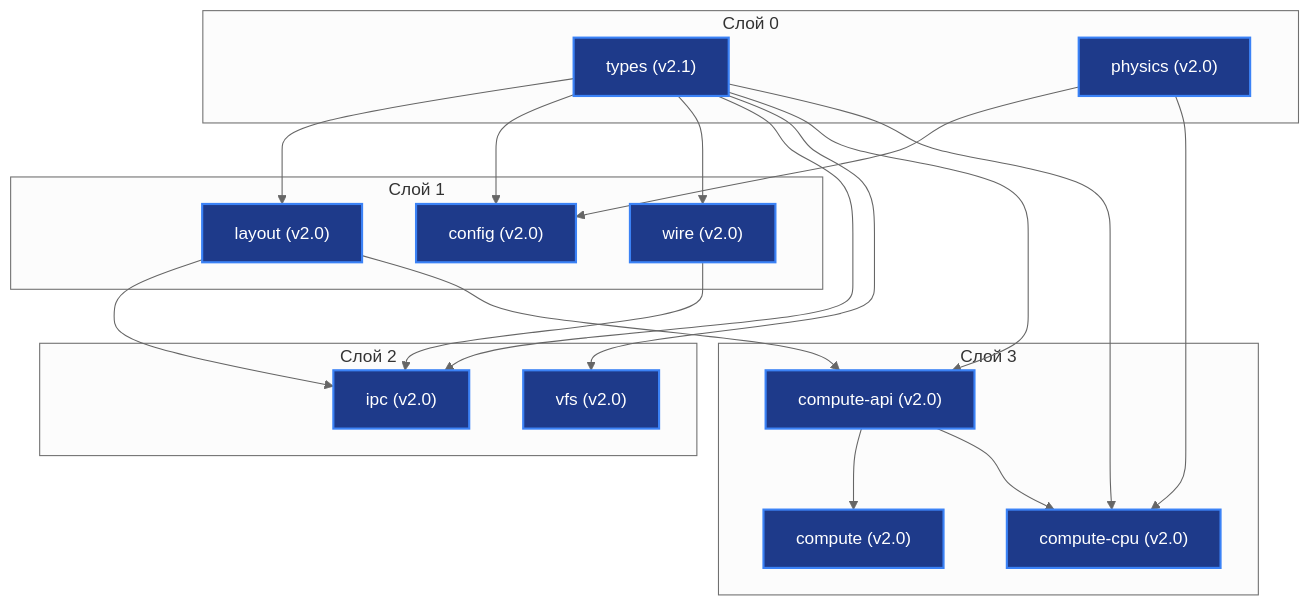
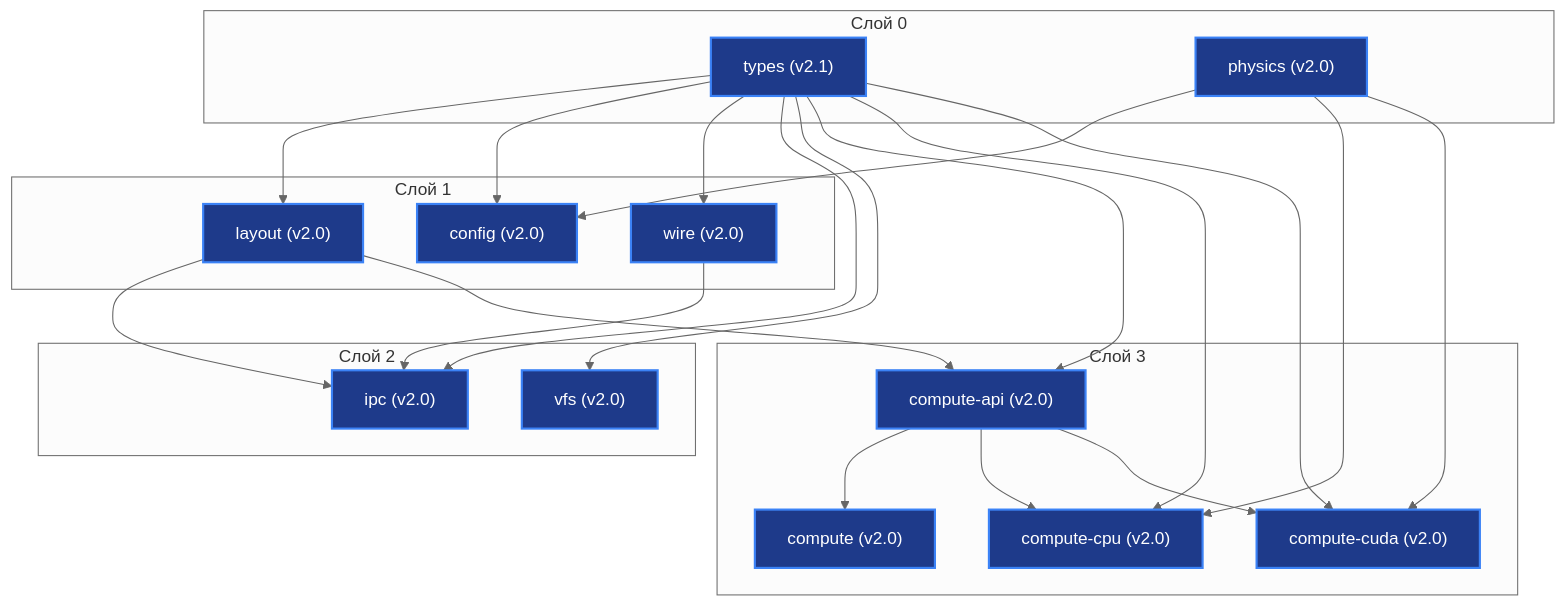
Before and after one commit to H4V1K-dev/axicor_enterprise: the diagram in docs/engine/INDEX.md, drawn with Mermaid (neutral theme). The commit also changed other lines of this file and 1 other file, not shown here.

Commit message:
docs: add engine documentation and L3 CUDA compute specification

````diff
--- a/docs/engine/INDEX.md
+++ b/docs/engine/INDEX.md
@@ -9,39 +9,43 @@
 ```mermaid
 graph TD
     subgraph L0["Слой 0"]
         types["types (v2.1)"]
         physics["physics (v2.0)"]
     end
     subgraph L1["Слой 1"]
         layout["layout (v2.0)"]
         config["config (v2.0)"]
         wire["wire (v2.0)"]
     end
     subgraph L2["Слой 2"]
         ipc["ipc (v2.0)"]
         vfs["vfs (v2.0)"]
     end
     subgraph L3["Слой 3"]
         compute_api["compute-api (v2.0)"]
         compute["compute (v2.0)"]
         compute_cpu["compute-cpu (v2.0)"]
+        compute_cuda["compute-cuda (v2.0)"]
     end
 
     types --> layout
     types --> config
     types --> wire
     types --> ipc
     types --> vfs
     types --> compute_api
     types --> compute_cpu
+    types --> compute_cuda
     physics --> config
     physics --> compute_cpu
+    physics --> compute_cuda
     layout --> ipc
     wire --> ipc
     layout --> compute_api
     compute_api --> compute
     compute_api --> compute_cpu
+    compute_api --> compute_cuda
 
     classDef active fill:#1e3a8a,stroke:#3b82f6,stroke-width:2px,color:#fff;
-    class types,physics,layout,config,wire,ipc,vfs,compute_api,compute,compute_cpu active;
+    class types,physics,layout,config,wire,ipc,vfs,compute_api,compute,compute_cpu,compute_cuda active;
 ```
````
